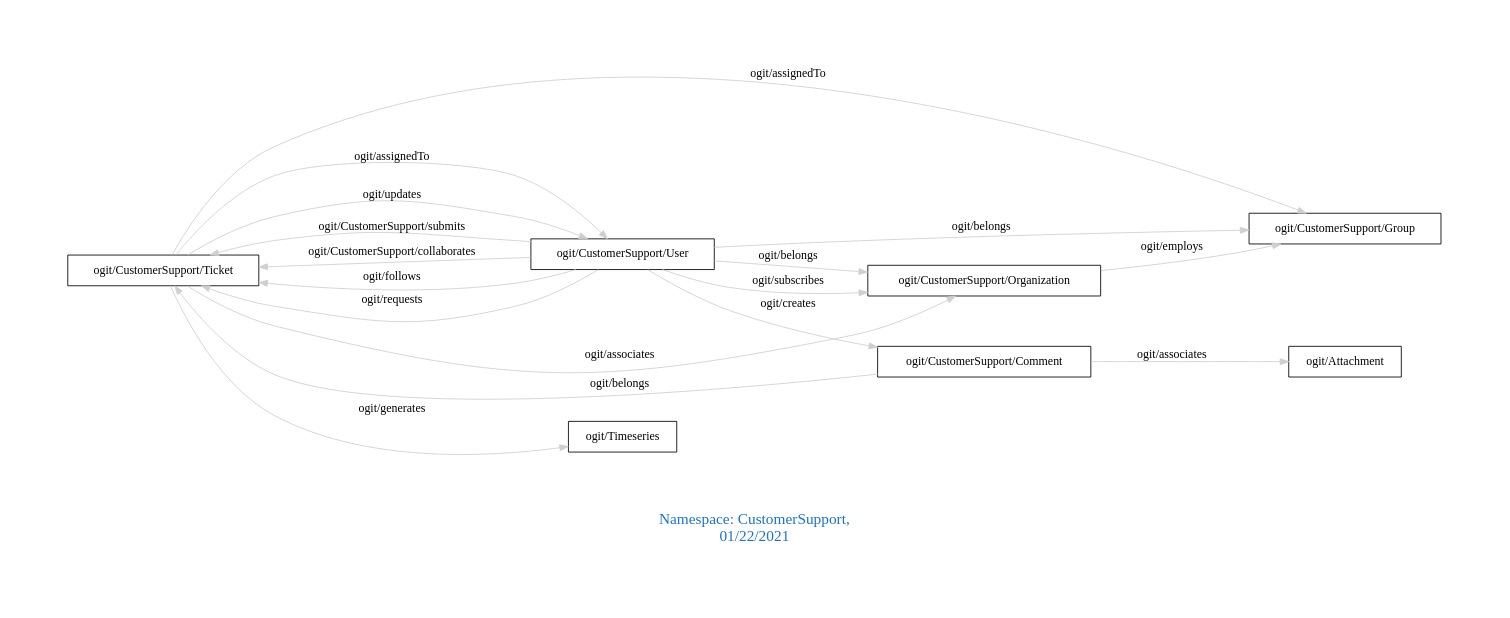
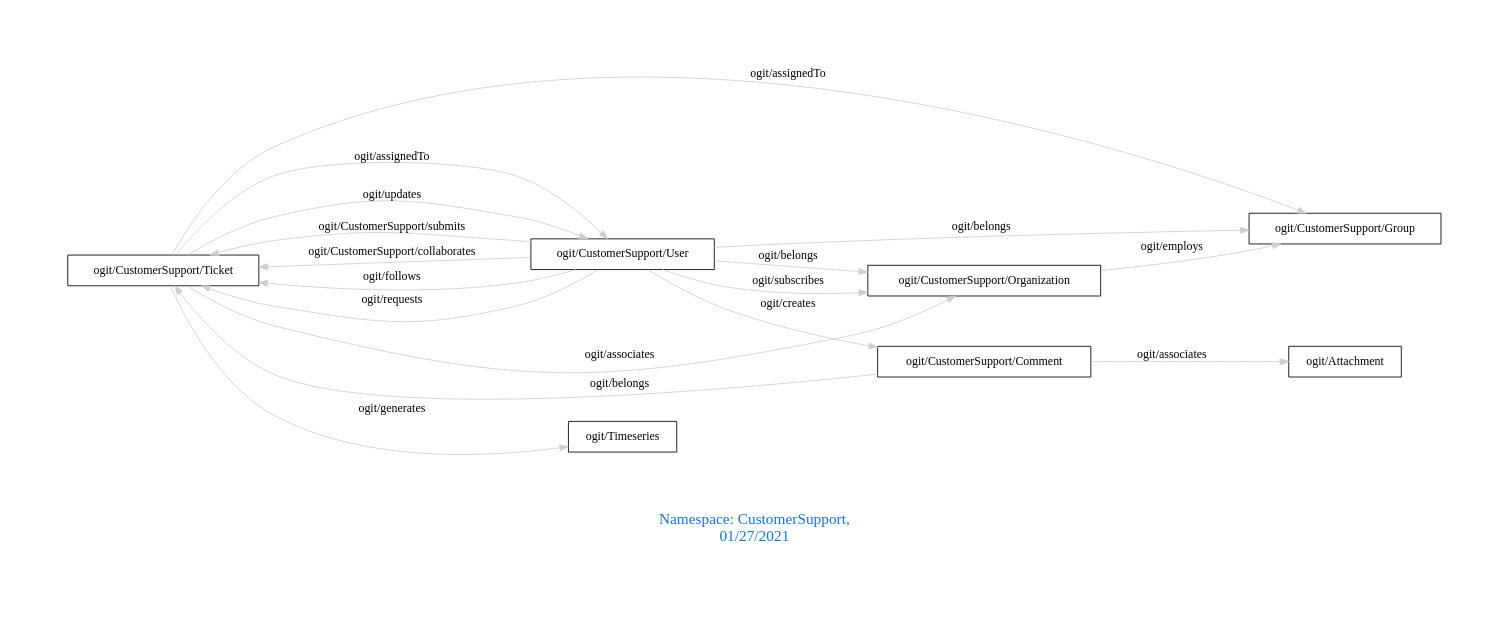
The diagram in downloads/CustomerSupport.dot (arago/OGIT), drawn with Graphviz before and after one commit. The commit also changed 1838 other files, not shown here.

```diff
--- a/downloads/CustomerSupport.dot
+++ b/downloads/CustomerSupport.dot
@@ -1,24 +1,24 @@
 digraph OGIT_ontology {
  graph [ rankdir= LR,pad=1 
 fontsize = 18,
-fontcolor= dodgerblue3,label = "\n\n\nNamespace: CustomerSupport, \n 01/22/2021"];
+fontcolor= dodgerblue3,label = "\n\n\nNamespace: CustomerSupport, \n 01/27/2021"];
 node[shape=polygon];
 edge [  color="gray81"];
 
    "ogit/CustomerSupport/Ticket" -> "ogit/CustomerSupport/User" [label="   ogit/assignedTo    "];
    "ogit/CustomerSupport/Ticket" -> "ogit/CustomerSupport/Group" [label="   ogit/assignedTo    "];
    "ogit/CustomerSupport/Ticket" -> "ogit/Timeseries" [label="   ogit/generates    "];
    "ogit/CustomerSupport/User" -> "ogit/CustomerSupport/Ticket" [label="   ogit/CustomerSupport/submits    "];
    "ogit/CustomerSupport/Organization" -> "ogit/CustomerSupport/Group" [label="   ogit/employs    "];
    "ogit/CustomerSupport/User" -> "ogit/CustomerSupport/Ticket" [label="   ogit/CustomerSupport/collaborates    "];
    "ogit/CustomerSupport/User" -> "ogit/CustomerSupport/Ticket" [label="   ogit/follows    "];
    "ogit/CustomerSupport/User" -> "ogit/CustomerSupport/Comment" [label="   ogit/creates    "];
    "ogit/CustomerSupport/Comment" -> "ogit/Attachment" [label="   ogit/associates    "];
    "ogit/CustomerSupport/Ticket" -> "ogit/CustomerSupport/Organization" [label="   ogit/associates    "];
    "ogit/CustomerSupport/User" -> "ogit/CustomerSupport/Ticket" [label="   ogit/requests    "];
    "ogit/CustomerSupport/Ticket" -> "ogit/CustomerSupport/User" [label="   ogit/updates    "];
    "ogit/CustomerSupport/Comment" -> "ogit/CustomerSupport/Ticket" [label="   ogit/belongs    "];
    "ogit/CustomerSupport/User" -> "ogit/CustomerSupport/Group" [label="   ogit/belongs    "];
    "ogit/CustomerSupport/User" -> "ogit/CustomerSupport/Organization" [label="   ogit/belongs    "];
    "ogit/CustomerSupport/User" -> "ogit/CustomerSupport/Organization" [label="   ogit/subscribes    "];
 }
```
